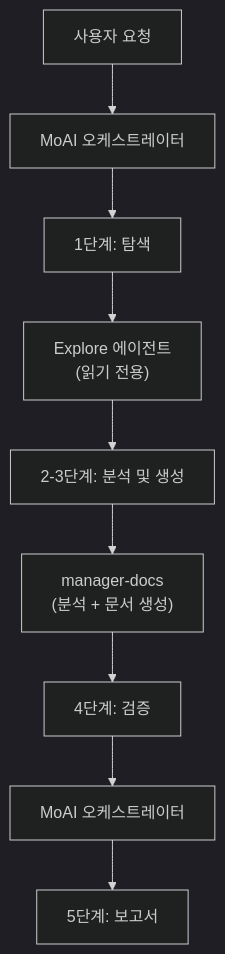
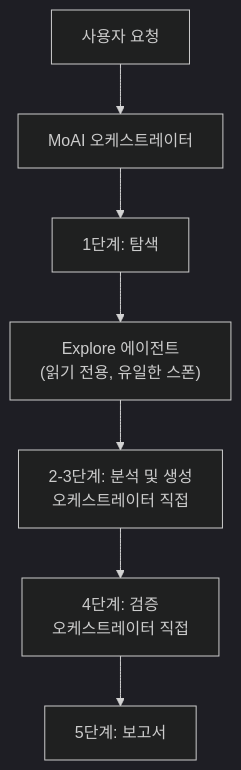
Before and after one commit to modu-ai/moai-adk: the second of 2 diagrams in docs-site/content/ko/utility-commands/moai-codemaps.md, drawn with Mermaid (dark theme). The commit also changed other lines of this file and 180 other files, not shown here.

````diff
--- a/docs-site/content/ko/utility-commands/moai-codemaps.md
+++ b/docs-site/content/ko/utility-commands/moai-codemaps.md
@@ -184,14 +186,12 @@
 ```mermaid
 flowchart TD
     User["사용자 요청"] --> MoAI["MoAI 오케스트레이터"]
     MoAI --> Phase1["1단계: 탐색"]
-    Phase1 --> Explore["Explore 에이전트<br/>(읽기 전용)"]
+    Phase1 --> Explore["Explore 에이전트<br/>(읽기 전용, 유일한 스폰)"]
 
-    Explore --> Phase23["2-3단계: 분석 및 생성"]
-    Phase23 --> Docs["manager-docs<br/>(분석 + 문서 생성)"]
+    Explore --> Phase23["2-3단계: 분석 및 생성<br/>오케스트레이터 직접"]
 
-    Docs --> Phase4["4단계: 검증"]
-    Phase4 --> MoAI2["MoAI 오케스트레이터"]
+    Phase23 --> Phase4["4단계: 검증<br/>오케스트레이터 직접"]
 
-    MoAI2 --> Report["5단계: 보고서"]
+    Phase4 --> Report["5단계: 보고서"]
 ```
````
